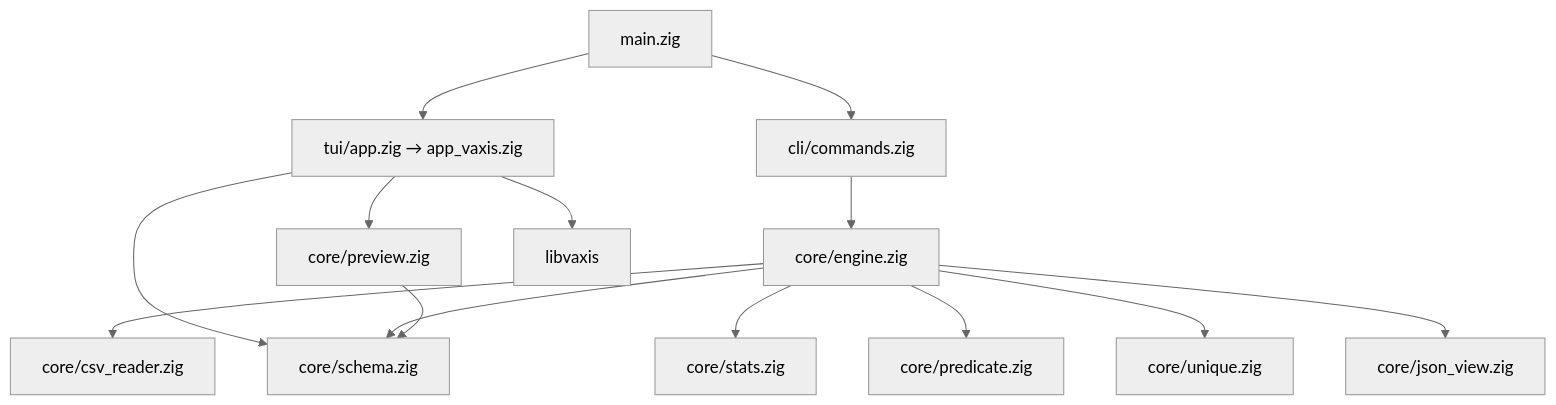
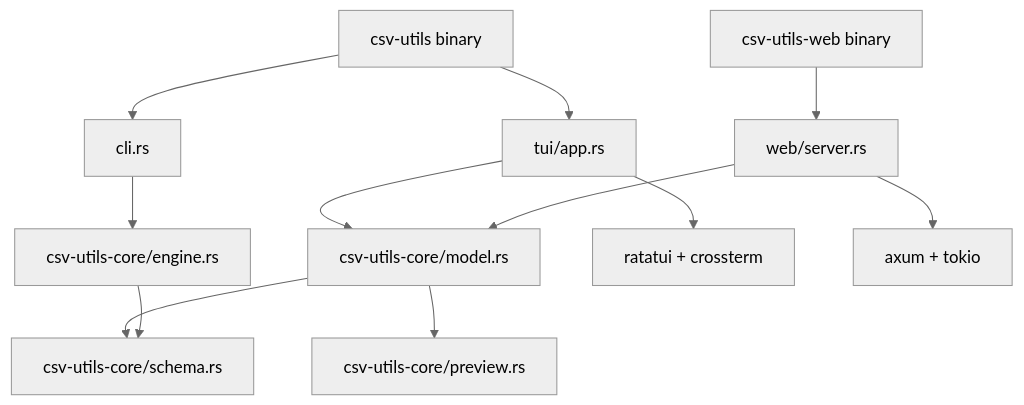
The diagram in docs/DESIGN.md (amirhosseindavoody/csv-utils), drawn with Mermaid (neutral theme) before and after one commit. The commit also changed other lines of this file and 52 other files, not shown here.

````diff
--- a/docs/DESIGN.md
+++ b/docs/DESIGN.md
@@ -22,16 +22,14 @@
 ```mermaid
 flowchart TB
-  main[main.zig] --> cli[cli/commands.zig]
-  main --> tui[tui/app.zig → app_vaxis.zig]
-  cli --> engine[core/engine.zig]
-  tui --> preview[core/preview.zig]
-  tui --> schema[core/schema.zig]
-  engine --> csv_reader[core/csv_reader.zig]
+  bin[csv-utils binary] --> cli[cli.rs]
+  bin --> tui[tui/app.rs]
+  web[csv-utils-web binary] --> web_srv[web/server.rs]
+  cli --> engine[csv-utils-core/engine.rs]
+  tui --> model[csv-utils-core/model.rs]
+  web_srv --> model
+  model --> preview[csv-utils-core/preview.rs]
+  model --> schema[csv-utils-core/schema.rs]
   engine --> schema
-  engine --> stats[core/stats.zig]
-  engine --> predicate[core/predicate.zig]
-  engine --> unique[core/unique.zig]
-  engine --> json_view[core/json_view.zig]
-  preview --> schema
-  tui --> vaxis[libvaxis]
+  tui --> ratatui[ratatui + crossterm]
+  web_srv --> axum[axum + tokio]
 ```
````
